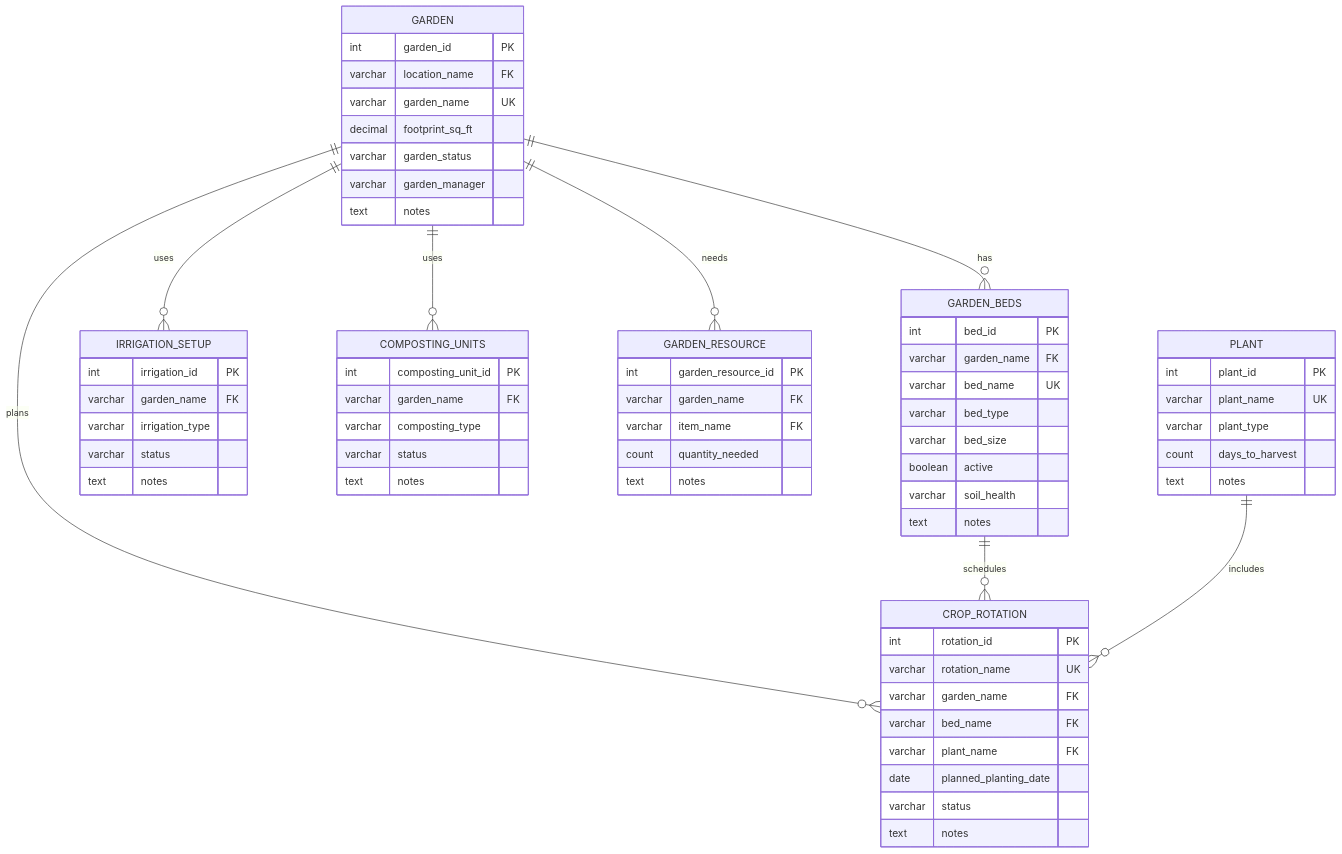
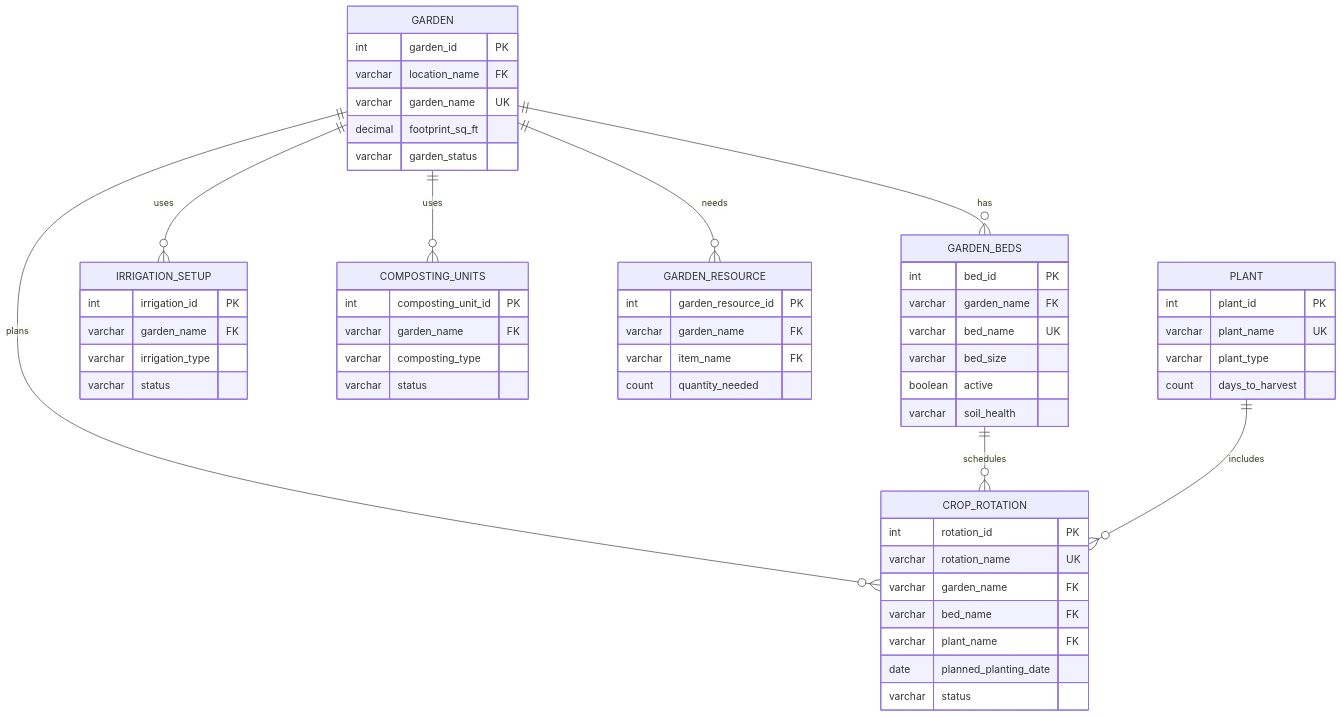
The second of 2 diagrams in README.md (CrisOrnelas99/Garden-Database), drawn with Mermaid before and after one commit. The commit also changed other lines of this file, not shown here.

Commit message:
Refactor inventory schema by removing unnecessary fields
Removed several fields from various tables in the inventory schema to streamline the design.

````diff
--- a/README.md
+++ b/README.md
@@ -95,75 +91,66 @@
 ```mermaid
 erDiagram
     GARDEN ||--o{ GARDEN_BEDS : has
     GARDEN ||--o{ IRRIGATION_SETUP : uses
     GARDEN ||--o{ COMPOSTING_UNITS : uses
     GARDEN ||--o{ GARDEN_RESOURCE : needs
     GARDEN ||--o{ CROP_ROTATION : plans
     GARDEN_BEDS ||--o{ CROP_ROTATION : schedules
     PLANT ||--o{ CROP_ROTATION : includes
 
 
     GARDEN {
         int garden_id PK
         varchar location_name FK
         varchar garden_name UK
         decimal footprint_sq_ft
         varchar garden_status
-        varchar garden_manager
-        text notes
     }
 
     GARDEN_BEDS {
         int bed_id PK
         varchar garden_name FK
         varchar bed_name UK
-        varchar bed_type
         varchar bed_size
         boolean active
         varchar soil_health
-        text notes
     }
 
     IRRIGATION_SETUP {
         int irrigation_id PK
         varchar garden_name FK
         varchar irrigation_type
         varchar status
-        text notes
     }
 
     COMPOSTING_UNITS {
         int composting_unit_id PK
         varchar garden_name FK
         varchar composting_type
         varchar status
-        text notes
     }
 
     GARDEN_RESOURCE {
         int garden_resource_id PK
         varchar garden_name FK
         varchar item_name FK
         count quantity_needed
-        text notes
     }
 
     PLANT {
         int plant_id PK
         varchar plant_name UK
         varchar plant_type
         count days_to_harvest
-        text notes
     }
 
     CROP_ROTATION {
         int rotation_id PK
         varchar rotation_name UK
         varchar garden_name FK
         varchar bed_name FK
         varchar plant_name FK
         date planned_planting_date
         varchar status
-        text notes
     }
 ```
````
